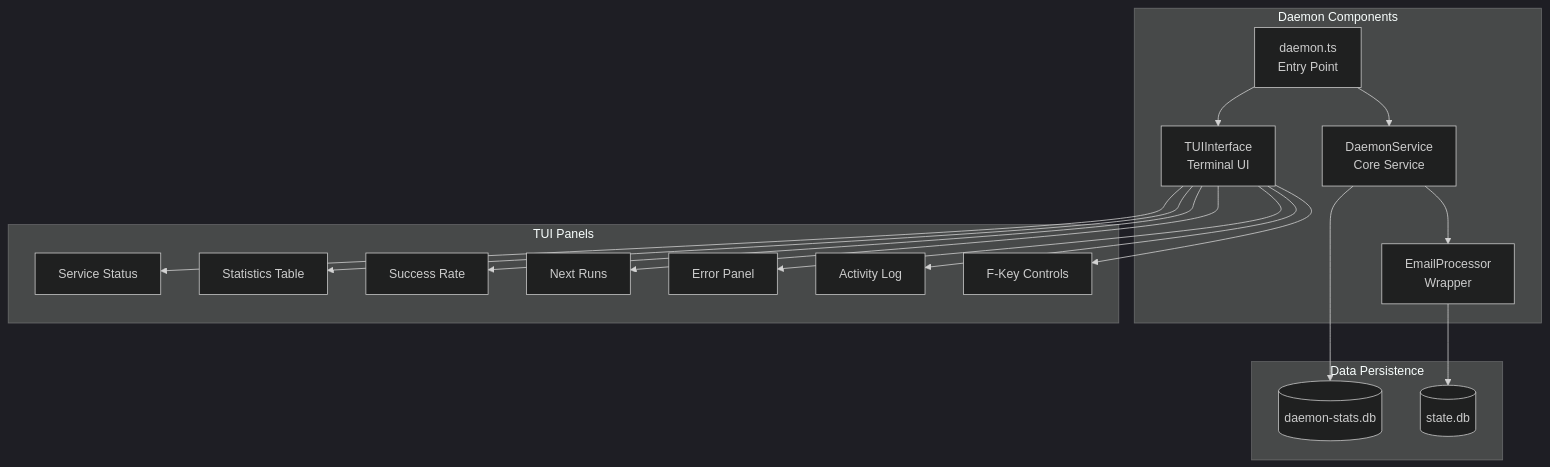
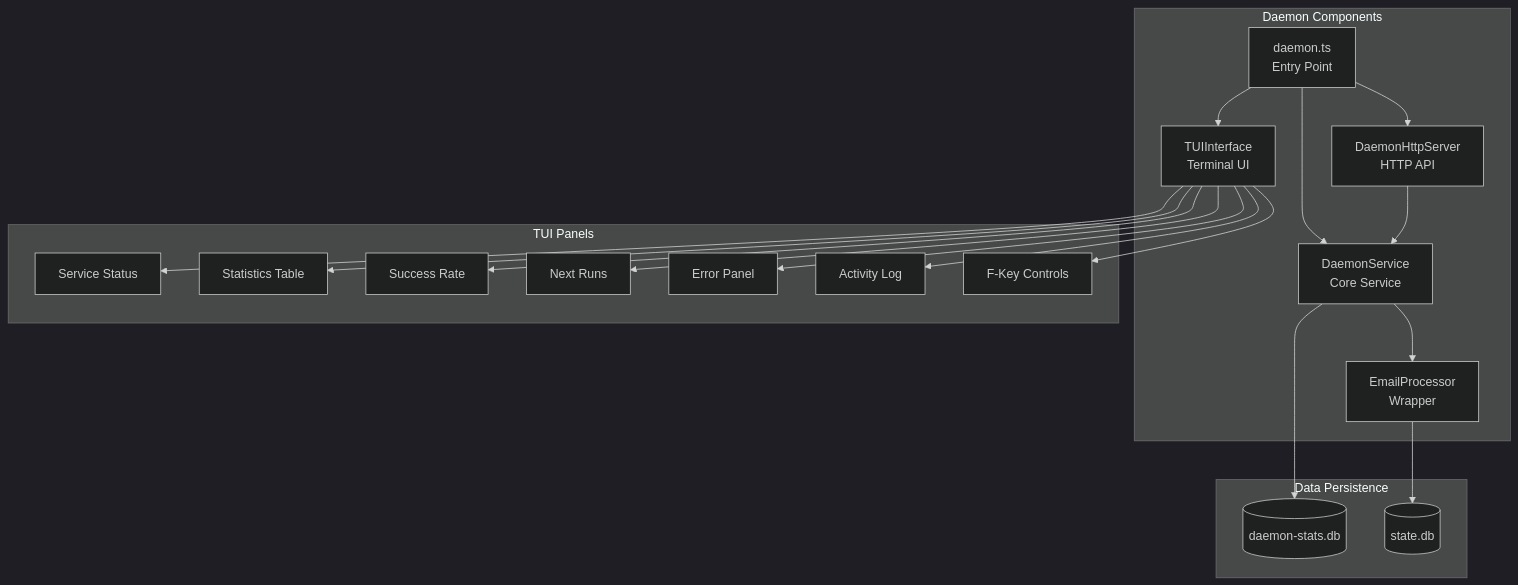
One commit to jimallen/TasksAgent changed the fourth of 9 diagrams in docs/system-architecture.md. Above: the diagram before and after it, drawn with Mermaid (dark theme). The commit also changed other lines of this file and 70 other files, not shown here.

````diff
--- a/docs/system-architecture.md
+++ b/docs/system-architecture.md
@@ -218,38 +239,41 @@
 ```mermaid
 graph TB
     subgraph "Daemon Components"
         DAEMON[daemon.ts<br/>Entry Point]
         SERVICE[DaemonService<br/>Core Service]
+        HTTP[DaemonHttpServer<br/>HTTP API]
         TUI[TUIInterface<br/>Terminal UI]
         PROC[EmailProcessor<br/>Wrapper]
     end
     
     subgraph "TUI Panels"
         STATUS[Service Status]
         STATS[Statistics Table]
         GAUGE[Success Rate]
         SCHED[Next Runs]
         ERRORS[Error Panel]
         LOGS[Activity Log]
         MENU[F-Key Controls]
     end
     
     subgraph "Data Persistence"
         STATSDB[(daemon-stats.db)]
         STATE[(state.db)]
     end
     
     DAEMON --> SERVICE
+    DAEMON --> HTTP
     DAEMON --> TUI
+    HTTP --> SERVICE
     SERVICE --> PROC
     SERVICE --> STATSDB
     PROC --> STATE
     
     TUI --> STATUS
     TUI --> STATS
     TUI --> GAUGE
     TUI --> SCHED
     TUI --> ERRORS
     TUI --> LOGS
     TUI --> MENU
 ```
````
